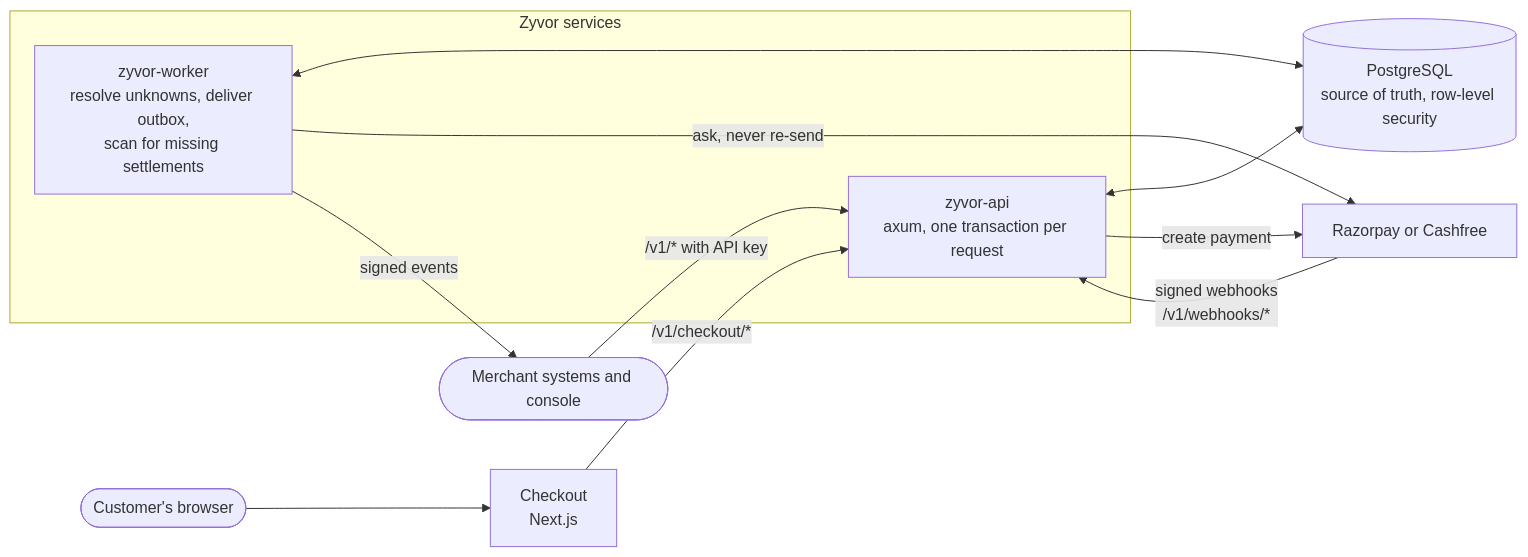
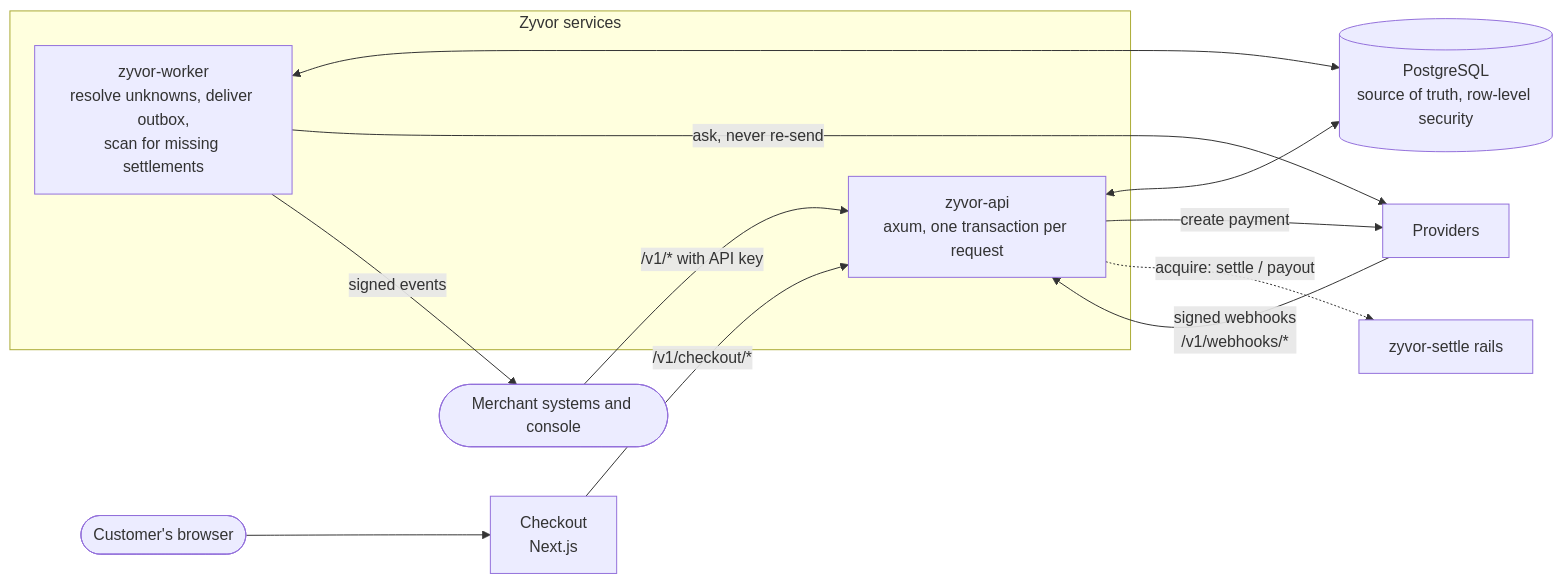
One commit to zyvorai/vayora changed the diagram in docs/zyvor/ARCHITECTURE.md. Above: the diagram before and after it, drawn with Mermaid. The commit also changed other lines of this file and 12 other files, not shown here.

````diff
--- a/docs/zyvor/ARCHITECTURE.md
+++ b/docs/zyvor/ARCHITECTURE.md
@@ -3,18 +3,19 @@
 ```mermaid
 flowchart LR
   BR([Customer's browser]) --> CO[Checkout<br/>Next.js]
   CO -- "/v1/checkout/*" --> API
   MS([Merchant systems and console]) -- "/v1/* with API key" --> API
-  PR[Razorpay or Cashfree] -- "signed webhooks<br/>/v1/webhooks/*" --> API
+  PR[Providers] -- "signed webhooks<br/>/v1/webhooks/*" --> API
 
   subgraph SVC[Zyvor services]
     API[zyvor-api<br/>axum, one transaction per request]
     WK[zyvor-worker<br/>resolve unknowns, deliver outbox,<br/>scan for missing settlements]
   end
 
   API <--> DB[(PostgreSQL<br/>source of truth, row-level security)]
   WK <--> DB
   API -- "create payment" --> PR
   WK -- "ask, never re-send" --> PR
   WK -- "signed events" --> MS
+  API -. acquire: settle / payout .-> Rail[zyvor-settle rails]
 ```
````
